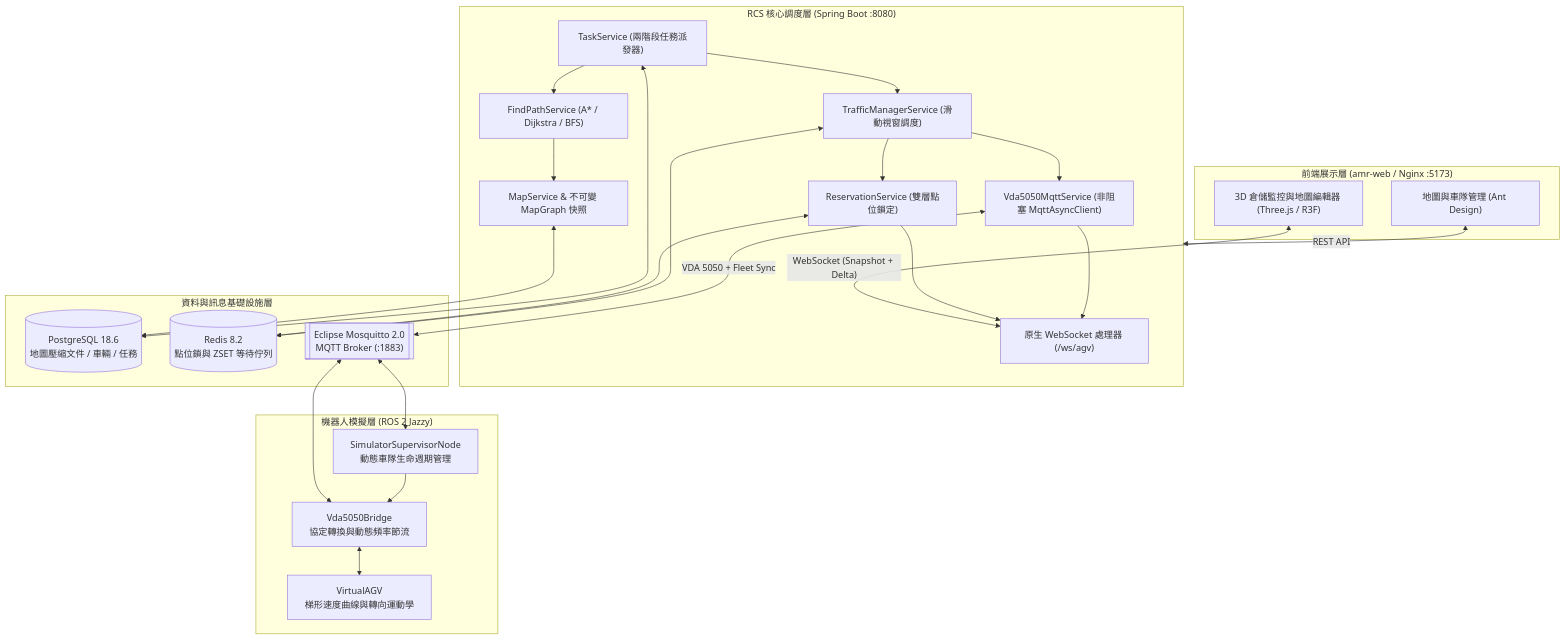
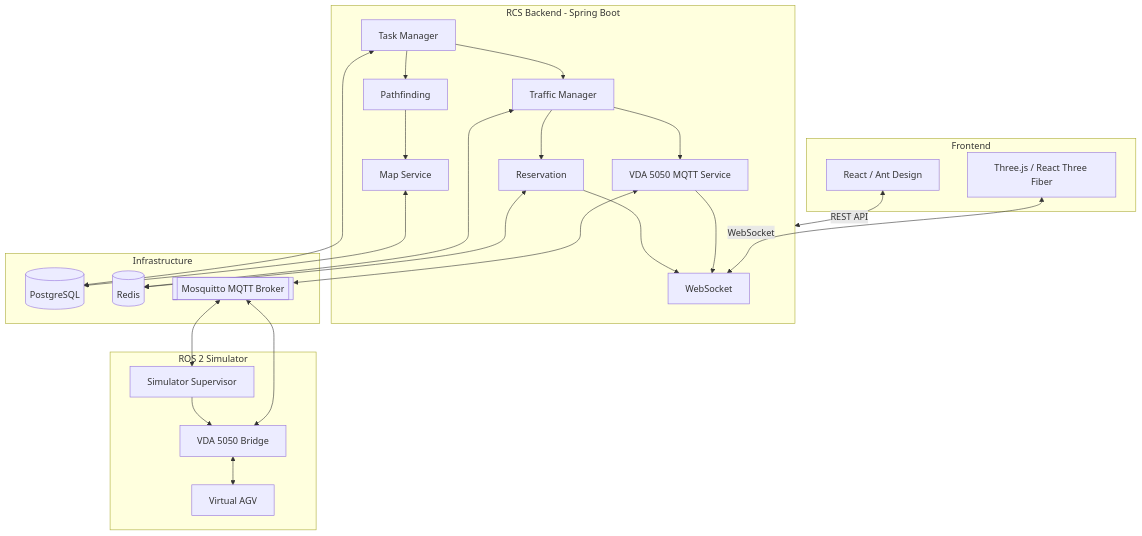
The diagram in README.md (qythim/AGV-Lab), drawn with Mermaid before and after one commit. The commit also changed other lines of this file, not shown here.

````diff
--- a/README.md
+++ b/README.md
@@ -98,45 +107,48 @@
 ```mermaid
 flowchart TB
-    subgraph Frontend["前端展示層 (amr-web / Nginx :5173)"]
-        UI["地圖與車隊管理 (Ant Design)"]
-        Scene3D["3D 倉儲監控與地圖編輯器 (Three.js / R3F)"]
+    subgraph Frontend["Frontend"]
+        UI["React / Ant Design"]
+        Scene3D["Three.js / React Three Fiber"]
     end
 
-    subgraph RCS["RCS 核心調度層 (Spring Boot :8080)"]
-        WS["原生 WebSocket 處理器 (/ws/agv)"]
-        TaskMgr["TaskService (兩階段任務派發器)"]
-        PathEngine["FindPathService (A* / Dijkstra / BFS)"]
-        TrafficMgr["TrafficManagerService (滑動視窗調度)"]
-        ReserveSvc["ReservationService (雙層點位鎖定)"]
-        MapSvc["MapService & 不可變 MapGraph 快照"]
-        MqttSvc["Vda5050MqttService (非阻塞 MqttAsyncClient)"]
+    subgraph RCS["RCS Backend - Spring Boot"]
+        WS["WebSocket"]
+        TaskMgr["Task Manager"]
+        PathEngine["Pathfinding"]
+        TrafficMgr["Traffic Manager"]
+        ReserveSvc["Reservation"]
+        MapSvc["Map Service"]
+        MqttSvc["VDA 5050 MQTT Service"]
     end
 
-    subgraph Infra["資料與訊息基礎設施層"]
-        PG[("PostgreSQL 18.6\n地圖壓縮文件 / 車輛 / 任務")]
-        RD[("Redis 8.2\n點位鎖與 ZSET 等待佇列")]
-        MQTT[["Eclipse Mosquitto 2.0\nMQTT Broker (:1883)"]]
+    subgraph Infra["Infrastructure"]
+        PG[("PostgreSQL")]
+        RD[("Redis")]
+        MQTT[["Mosquitto MQTT Broker"]]
     end
 
-    subgraph Sim["機器人模擬層 (ROS 2 Jazzy)"]
-        Sup["SimulatorSupervisorNode\n動態車隊生命週期管理"]
-        Bridge["Vda5050Bridge\n協定轉換與動態頻率節流"]
-        VAgv["VirtualAGV\n梯形速度曲線與轉向運動學"]
+    subgraph Sim["ROS 2 Simulator"]
+        Sup["Simulator Supervisor"]
+        Bridge["VDA 5050 Bridge"]
+        VAgv["Virtual AGV"]
     end
 
     UI <-->|"REST API"| RCS
-    Scene3D <-->|"WebSocket (Snapshot + Delta)"| WS
-    TaskMgr --> PathEngine --> MapSvc
-    TaskMgr --> TrafficMgr --> ReserveSvc
+    Scene3D <-->|"WebSocket"| WS
+    TaskMgr --> PathEngine
+    PathEngine --> MapSvc
+    TaskMgr --> TrafficMgr
+    TrafficMgr --> ReserveSvc
     TrafficMgr --> MqttSvc
-    ReserveSvc --> WS
-    MqttSvc --> WS
     MapSvc <--> PG
     TaskMgr <--> PG
     ReserveSvc <--> RD
     TrafficMgr <--> RD
-    MqttSvc <-->|"VDA 5050 + Fleet Sync"| MQTT
+    MqttSvc <--> MQTT
     MQTT <--> Bridge
     MQTT <--> Sup
-    Sup --> Bridge <--> VAgv
+    Sup --> Bridge
+    Bridge <--> VAgv
+    MqttSvc --> WS
+    ReserveSvc --> WS
 ```
````
